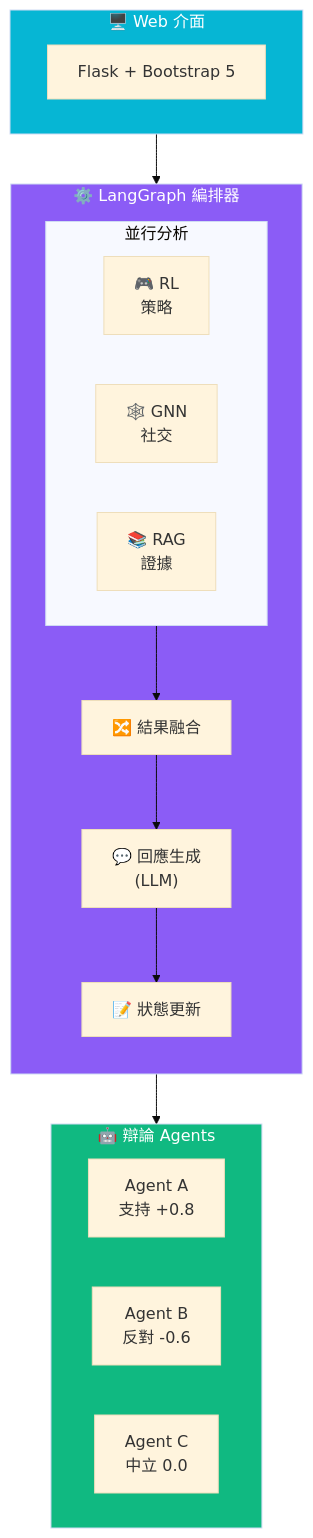
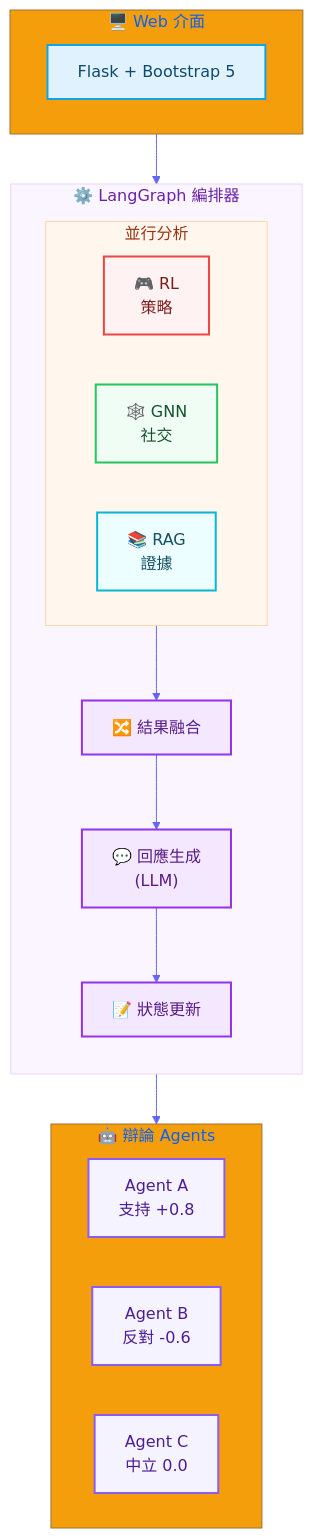
Before and after one commit to AluminumShark/Social-Debate-AI: the fifth of 5 diagrams in docs/architecture/OVERVIEW.md, drawn with Mermaid. The commit also changed other lines of this file and 5 other files, not shown here.

Commit message:
style(docs): apply consistent bright Mermaid theme to all documentation diagrams

````diff
--- a/docs/architecture/OVERVIEW.md
+++ b/docs/architecture/OVERVIEW.md
@@ -225,38 +236,47 @@
 ```mermaid
-%%{init: {'theme': 'base'}}%%
+%%{init: {'theme': 'base', 'themeVariables': { 'primaryColor': '#4f46e5', 'primaryTextColor': '#fff', 'primaryBorderColor': '#4338ca', 'lineColor': '#6366f1', 'secondaryColor': '#10b981', 'tertiaryColor': '#f59e0b'}}}%%
 flowchart TB
+    %% Styles
+    classDef ui fill:#e0f2fe,stroke:#0ea5e9,stroke-width:2px,color:#0c4a6e;
+    classDef orch fill:#f3e8ff,stroke:#9333ea,stroke-width:2px,color:#581c87;
+    classDef parallel fill:#fff7ed,stroke:#f97316,stroke-width:2px,color:#7c2d12;
+    classDef rl fill:#fef2f2,stroke:#ef4444,stroke-width:2px,color:#7f1d1d;
+    classDef gnn fill:#f0fdf4,stroke:#22c55e,stroke-width:2px,color:#14532d;
+    classDef rag fill:#ecfeff,stroke:#06b6d4,stroke-width:2px,color:#164e63;
+    classDef agent fill:#f5f3ff,stroke:#8b5cf6,stroke-width:2px,color:#4c1d95;
+
     subgraph UI["🖥️ Web 介面"]
         direction LR
-        F["Flask + Bootstrap 5"]
+        F["Flask + Bootstrap 5"]:::ui
     end
 
     subgraph Orchestrator["⚙️ LangGraph 編排器"]
         direction TB
         
         subgraph Parallel["並行分析"]
             direction LR
-            RL["🎮 RL<br/>策略"]
-            GNN["🕸️ GNN<br/>社交"]
-            RAG["📚 RAG<br/>證據"]
+            RL["🎮 RL<br/>策略"]:::rl
+            GNN["🕸️ GNN<br/>社交"]:::gnn
+            RAG["📚 RAG<br/>證據"]:::rag
         end
 
-        Fuse["🔀 結果融合"]
-        Gen["💬 回應生成<br/>(LLM)"]
-        Update["📝 狀態更新"]
+        Fuse["🔀 結果融合"]:::orch
+        Gen["💬 回應生成<br/>(LLM)"]:::orch
+        Update["📝 狀態更新"]:::orch
     end
 
     subgraph Agents["🤖 辯論 Agents"]
         direction LR
-        A["Agent A<br/>支持 +0.8"]
-        B["Agent B<br/>反對 -0.6"]
-        C["Agent C<br/>中立 0.0"]
+        A["Agent A<br/>支持 +0.8"]:::agent
+        B["Agent B<br/>反對 -0.6"]:::agent
+        C["Agent C<br/>中立 0.0"]:::agent
     end
 
     UI --> Orchestrator
     Parallel --> Fuse --> Gen --> Update
     Orchestrator --> Agents
-
-    style UI fill:#06b6d4,color:#fff
-    style Orchestrator fill:#8b5cf6,color:#fff
-    style Agents fill:#10b981,color:#fff
+    
+    %% Style Subgraphs
+    style Parallel fill:#fff7ed,stroke:#fed7aa,color:#9a3412
+    style Orchestrator fill:#faf5ff,stroke:#e9d5ff,color:#6b21a8
 ```
````
